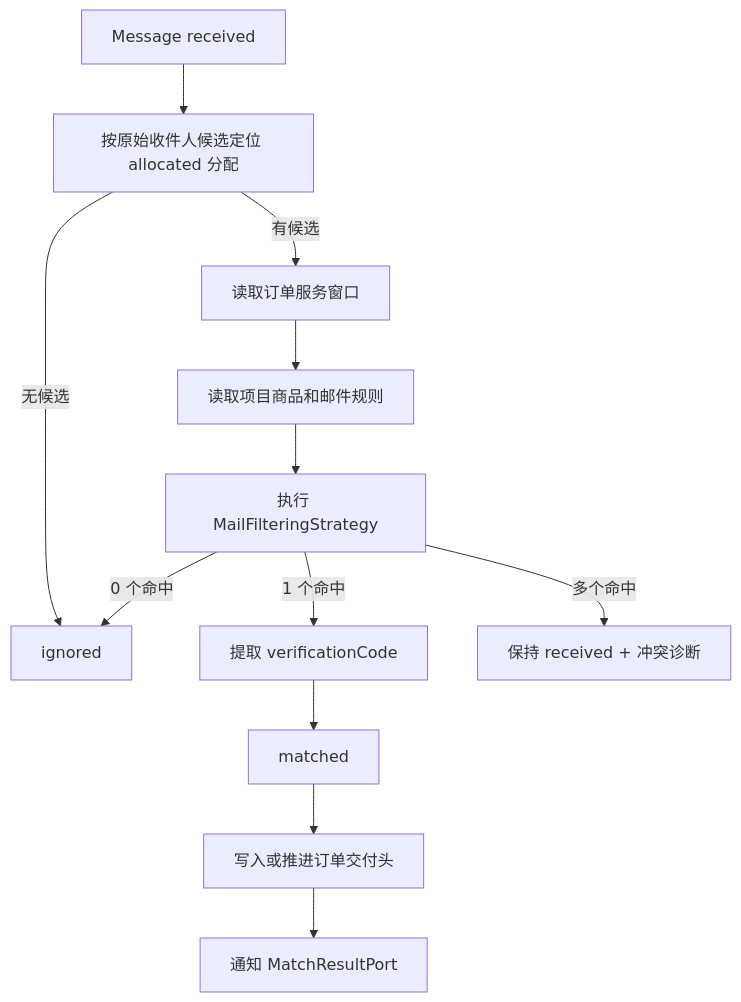
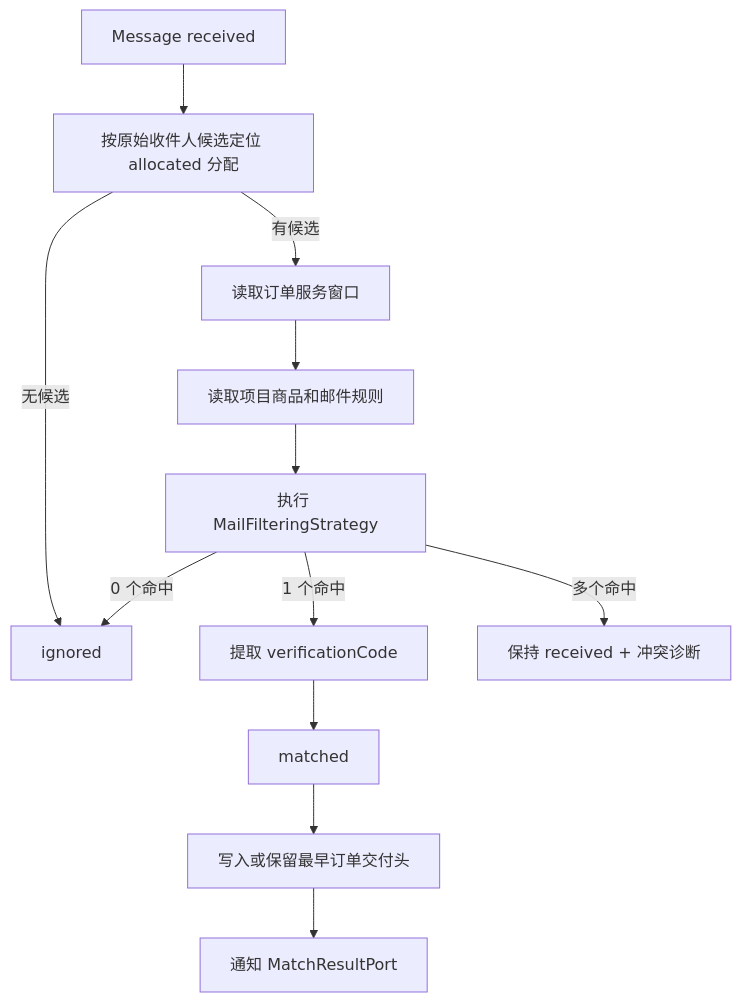
Before and after one commit to donnel666/remail: the second of 2 diagrams in docs/4-mailmatch-real-service.md, drawn with Mermaid. The commit also changed other lines of this file and 15 other files, not shown here.

````diff
--- a/docs/4-mailmatch-real-service.md
+++ b/docs/4-mailmatch-real-service.md
@@ -100,14 +103,14 @@
 ```mermaid
 flowchart TD
     M[Message received] --> R[按原始收件人候选定位 allocated 分配]
     R -->|无候选| I[ignored]
     R -->|有候选| O[读取订单服务窗口]
     O --> P[读取项目商品和邮件规则]
     P --> F[执行 MailFilteringStrategy]
     F -->|0 个命中| I
     F -->|1 个命中| C[提取 verificationCode]
     F -->|多个命中| K[保持 received + 冲突诊断]
     C --> S[matched]
-    S --> Q[写入或推进订单交付头]
+    S --> Q[写入或保留最早订单交付头]
     Q --> T[通知 MatchResultPort]
 ```
````
